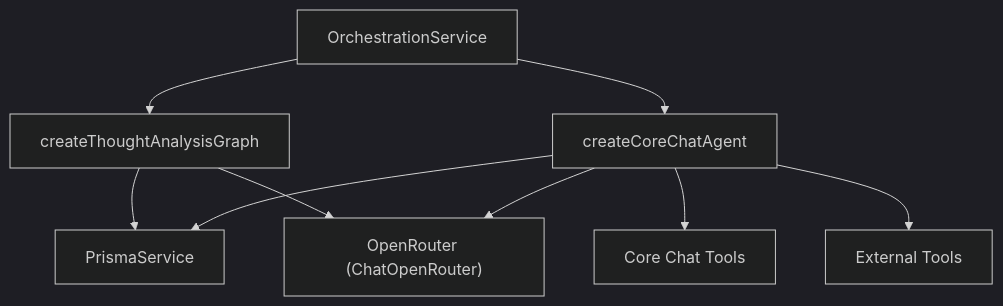
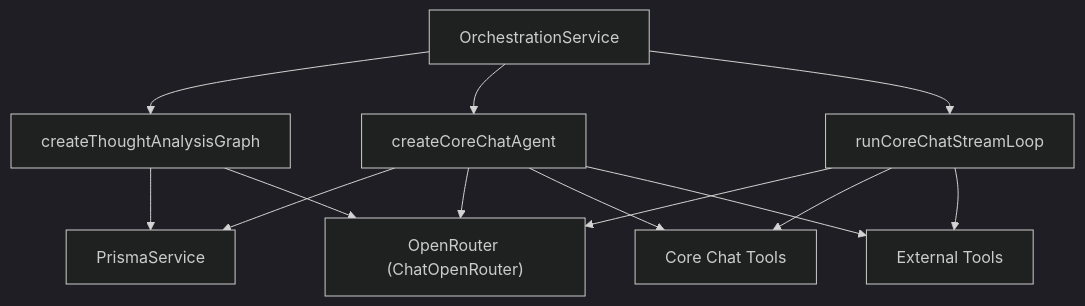
Before and after one commit to statgod6/4ever: the fifth of 5 diagrams in .qoder/repowiki/en/content/Core Features/Knowledge Worker/AI Agent Orchestration.md, drawn with Mermaid (dark theme). The commit also changed other lines of this file and 116 other files, not shown here.

````diff
--- a/.qoder/repowiki/en/content/Core Features/Knowledge Worker/AI Agent Orchestration.md
+++ b/.qoder/repowiki/en/content/Core Features/Knowledge Worker/AI Agent Orchestration.md
@@ -255,11 +333,15 @@
 ```mermaid
 graph TB
 OS["OrchestrationService"] --> GA["createThoughtAnalysisGraph"]
 OS --> CA["createCoreChatAgent"]
+OS --> SCL["runCoreChatStreamLoop"]
 GA --> PRISMA["PrismaService"]
 GA --> OR["OpenRouter (ChatOpenRouter)"]
+SCL --> OR
+SCL --> CT["Core Chat Tools"]
+SCL --> ET["External Tools"]
 CA --> PRISMA
 CA --> OR
-CA --> CT["Core Chat Tools"]
-CA --> ET["External Tools"]
+CA --> CT
+CA --> ET
 ```
````
